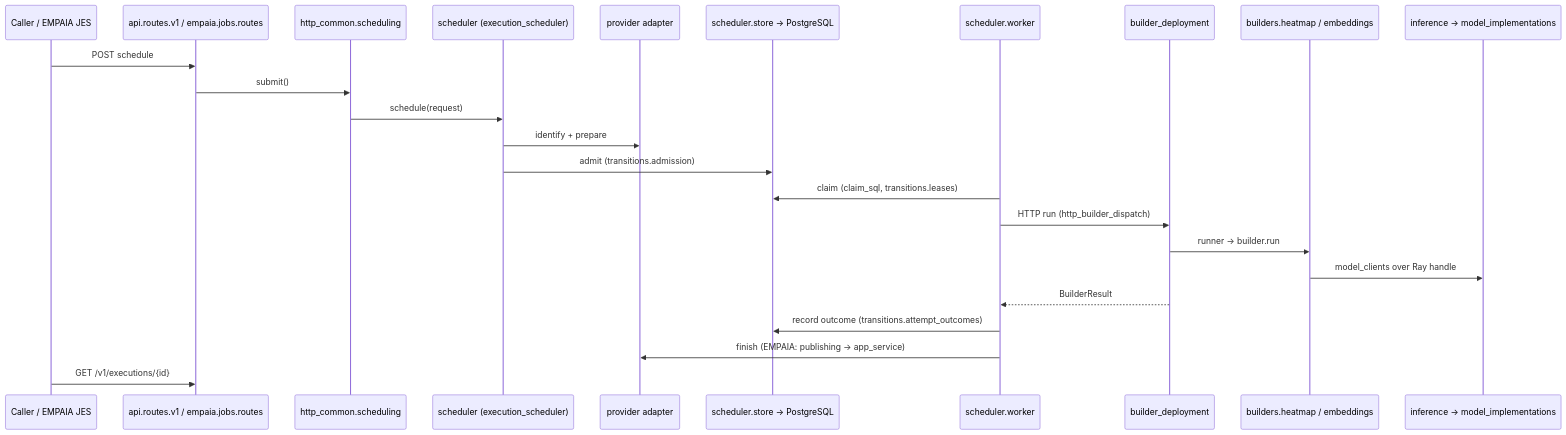
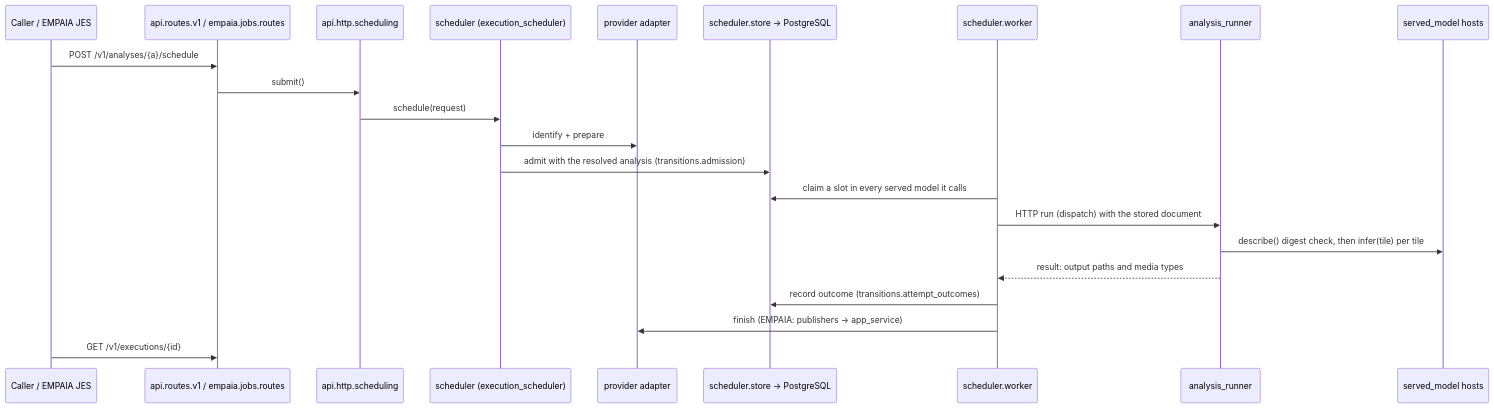
One commit to stefanpeknik/model-service changed the second of 2 diagrams in docs/architecture/module-graph.md. Above: the diagram before and after it, drawn with Mermaid. The commit also changed other lines of this file and 10 other files, not shown here.

First line of the commit message:
docs: README, map and architecture describe components, served models and analyses

````diff
--- a/docs/architecture/module-graph.md
+++ b/docs/architecture/module-graph.md
@@ -84,27 +102,25 @@
 ```mermaid
 sequenceDiagram
   participant C as Caller / EMPAIA JES
   participant R as api.routes.v1 / empaia.jobs.routes
-  participant H as http_common.scheduling
+  participant H as api.http.scheduling
   participant S as scheduler (execution_scheduler)
   participant P as provider adapter
   participant DB as scheduler.store → PostgreSQL
   participant W as scheduler.worker
-  participant B as builder_deployment
-  participant BL as builders.heatmap / embeddings
-  participant M as inference → model_implementations
+  participant A as analysis_runner
+  participant M as served_model hosts
 
-  C->>R: POST schedule
+  C->>R: POST /v1/analyses/{a}/schedule
   R->>H: submit()
   H->>S: schedule(request)
   S->>P: identify + prepare
-  S->>DB: admit (transitions.admission)
-  W->>DB: claim (claim_sql, transitions.leases)
-  W->>B: HTTP run (http_builder_dispatch)
-  B->>BL: runner → builder.run
-  BL->>M: model_clients over Ray handle
-  B-->>W: BuilderResult
+  S->>DB: admit with the resolved analysis (transitions.admission)
+  W->>DB: claim a slot in every served model it calls
+  W->>A: HTTP run (dispatch) with the stored document
+  A->>M: describe() digest check, then infer(tile) per tile
+  A-->>W: result: output paths and media types
   W->>DB: record outcome (transitions.attempt_outcomes)
-  W->>P: finish (EMPAIA: publishing → app_service)
+  W->>P: finish (EMPAIA: publishers → app_service)
   C->>R: GET /v1/executions/{id}
 ```
````
